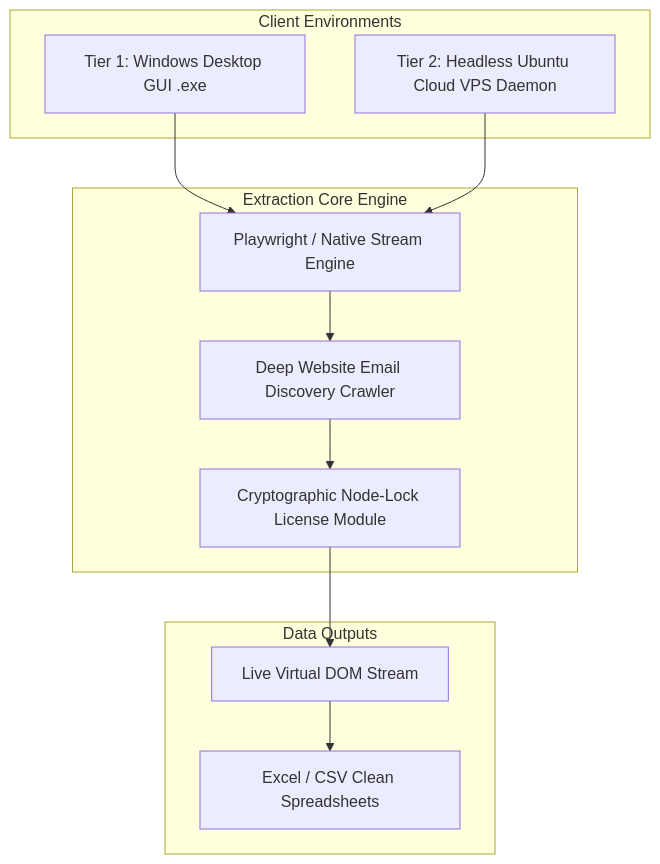
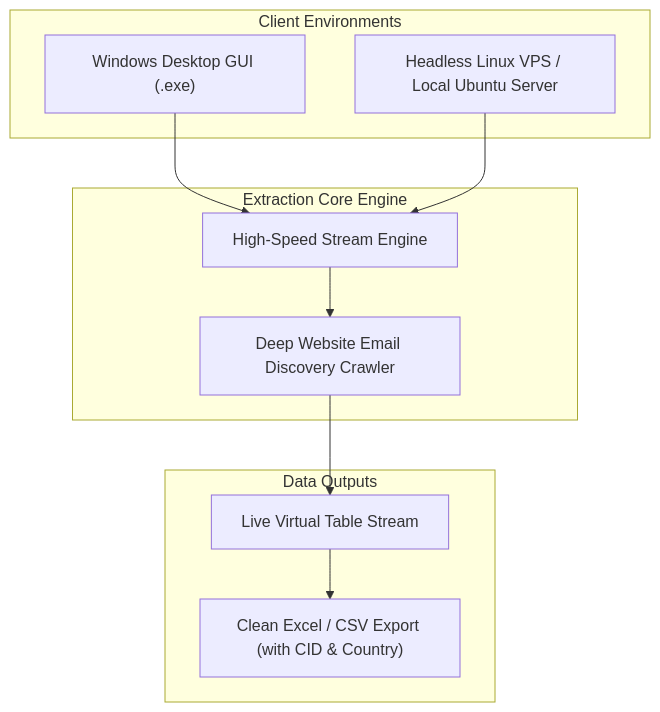
The diagram in README.md (cvv6679/wikifint-leadradar), drawn with Mermaid before and after one commit. The commit also changed other lines of this file, not shown here.

Commit message:
Update README: worldwide reach, local linux server support, simplified architecture, Country schema, and license activation clarity

````diff
--- a/README.md
+++ b/README.md
@@ -46,25 +46,23 @@
 ```mermaid
 graph TD
     subgraph Client Environments
-        A[Tier 1: Windows Desktop GUI .exe]
-        B[Tier 2: Headless Ubuntu Cloud VPS Daemon]
+        A["Windows Desktop GUI (.exe)"]
+        B["Headless Linux VPS / Local Ubuntu Server"]
     end
 
     subgraph Extraction Core Engine
-        C[Playwright / Native Stream Engine]
-        D[Deep Website Email Discovery Crawler]
-        E[Cryptographic Node-Lock License Module]
+        C["High-Speed Stream Engine"]
+        D["Deep Website Email Discovery Crawler"]
     end
 
     subgraph Data Outputs
-        F[Live Virtual DOM Stream]
-        G[Excel / CSV Clean Spreadsheets]
+        E["Live Virtual Table Stream"]
+        F["Clean Excel / CSV Export (with CID & Country)"]
     end
 
     A --> C
     B --> C
     C --> D
     D --> E
     E --> F
-    F --> G
 ```
````
